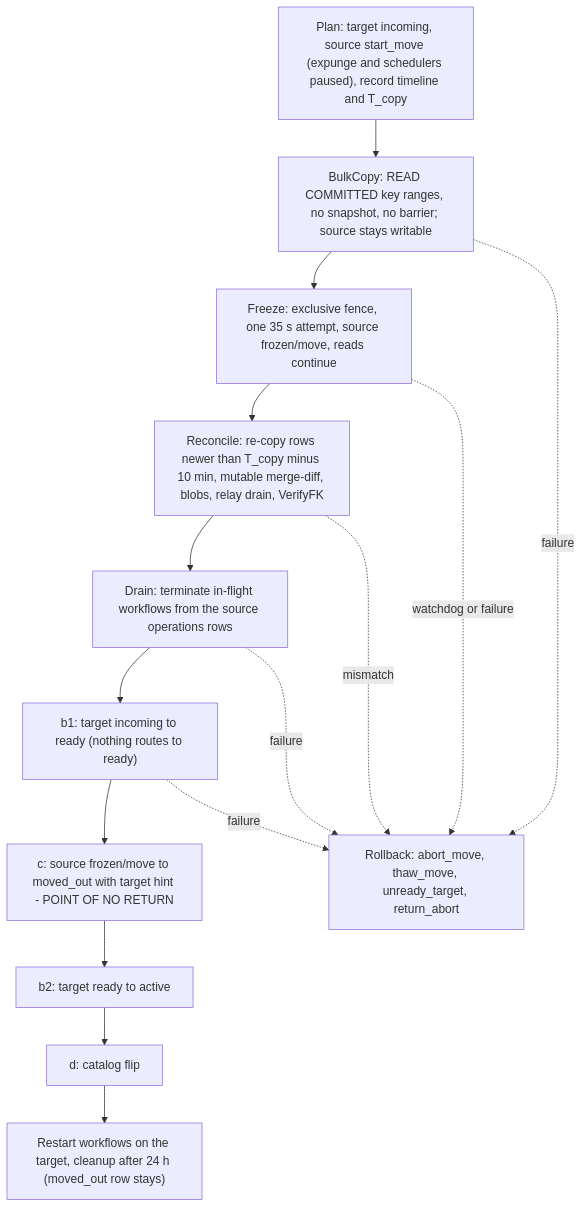
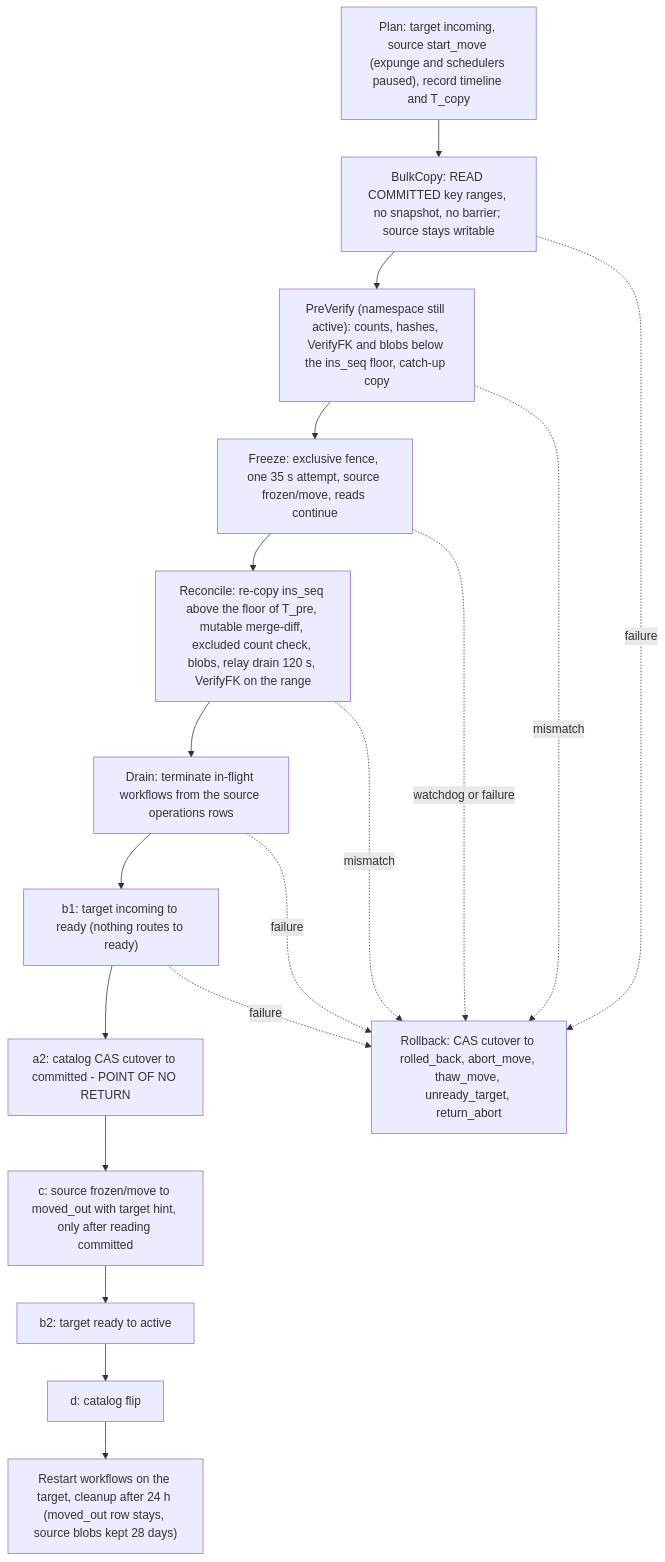
The sixth of 6 diagrams in plans/engram/sections/01-architecture.md (gstamatakis95/agent-memory-benchmark), drawn with Mermaid before and after one commit. The commit also changed other lines of this file and 39 other files, not shown here.

First line of the commit message:
plans/engram: D23 data model and DDL (evidence outlives facts, commit rule, stubs, ins_seq, catalog CAS, index runner)

````diff
--- a/plans/engram/sections/01-architecture.md
+++ b/plans/engram/sections/01-architecture.md
@@ -529,20 +582,23 @@
 ```mermaid
 flowchart TB
   P["Plan: target incoming, source start_move (expunge and schedulers paused), record timeline and T_copy"]
   B["BulkCopy: READ COMMITTED key ranges, no snapshot, no barrier; source stays writable"]
+  V["PreVerify (namespace still active): counts, hashes, VerifyFK and blobs below the ins_seq floor, catch-up copy"]
   F["Freeze: exclusive fence, one 35 s attempt, source frozen/move, reads continue"]
-  R["Reconcile: re-copy rows newer than T_copy minus 10 min, mutable merge-diff, blobs, relay drain, VerifyFK"]
+  R["Reconcile: re-copy ins_seq above the floor of T_pre, mutable merge-diff, excluded count check, blobs, relay drain 120 s, VerifyFK on the range"]
   D["Drain: terminate in-flight workflows from the source operations rows"]
   B1["b1: target incoming to ready (nothing routes to ready)"]
-  C["c: source frozen/move to moved_out with target hint - POINT OF NO RETURN"]
+  A2["a2: catalog CAS cutover to committed - POINT OF NO RETURN"]
+  C["c: source frozen/move to moved_out with target hint, only after reading committed"]
   B2["b2: target ready to active"]
   CD["d: catalog flip"]
-  RS["Restart workflows on the target, cleanup after 24 h (moved_out row stays)"]
-  RB["Rollback: abort_move, thaw_move, unready_target, return_abort"]
-  P --> B --> F --> R --> D --> B1 --> C --> B2 --> CD --> RS
+  RS["Restart workflows on the target, cleanup after 24 h (moved_out row stays, source blobs kept 28 days)"]
+  RB["Rollback: CAS cutover to rolled_back, abort_move, thaw_move, unready_target, return_abort"]
+  P --> B --> V --> F --> R --> D --> B1 --> A2 --> C --> B2 --> CD --> RS
   B -.->|"failure"| RB
+  V -.->|"mismatch"| RB
   F -.->|"watchdog or failure"| RB
   R -.->|"mismatch"| RB
   D -.->|"failure"| RB
   B1 -.->|"failure"| RB
 ```
````
